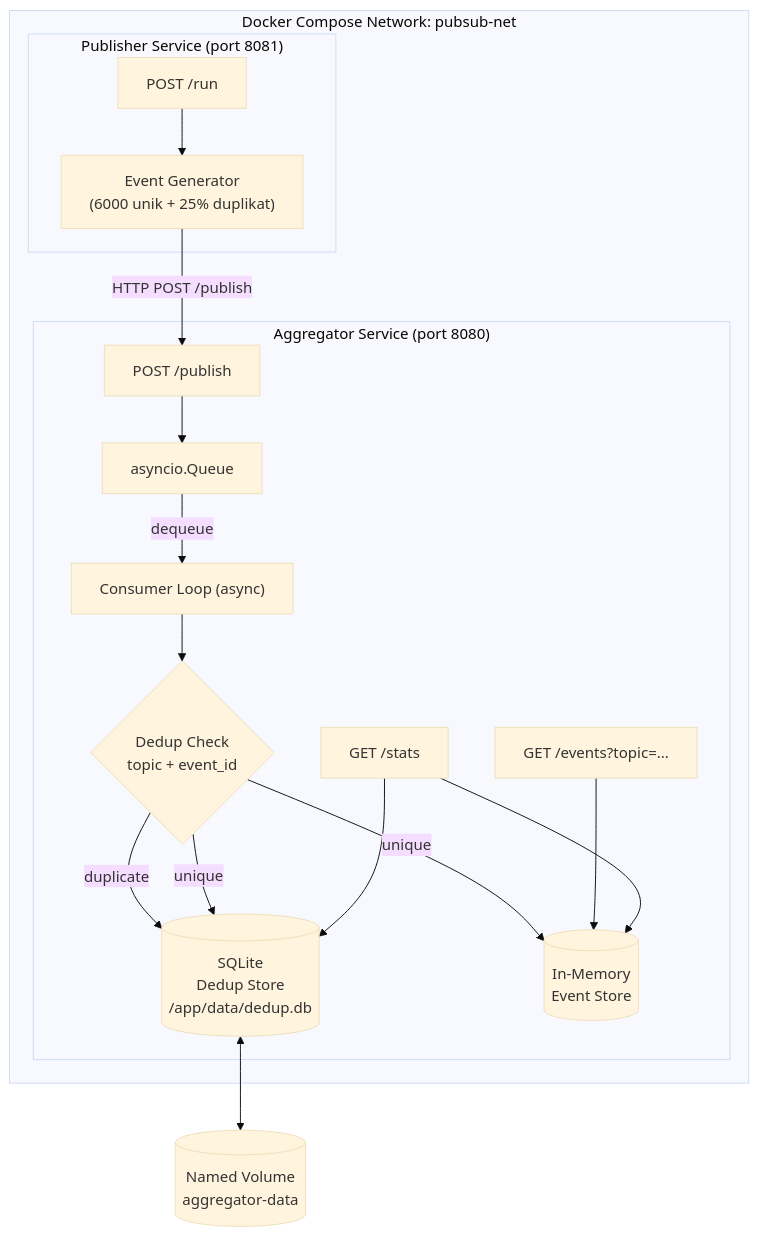
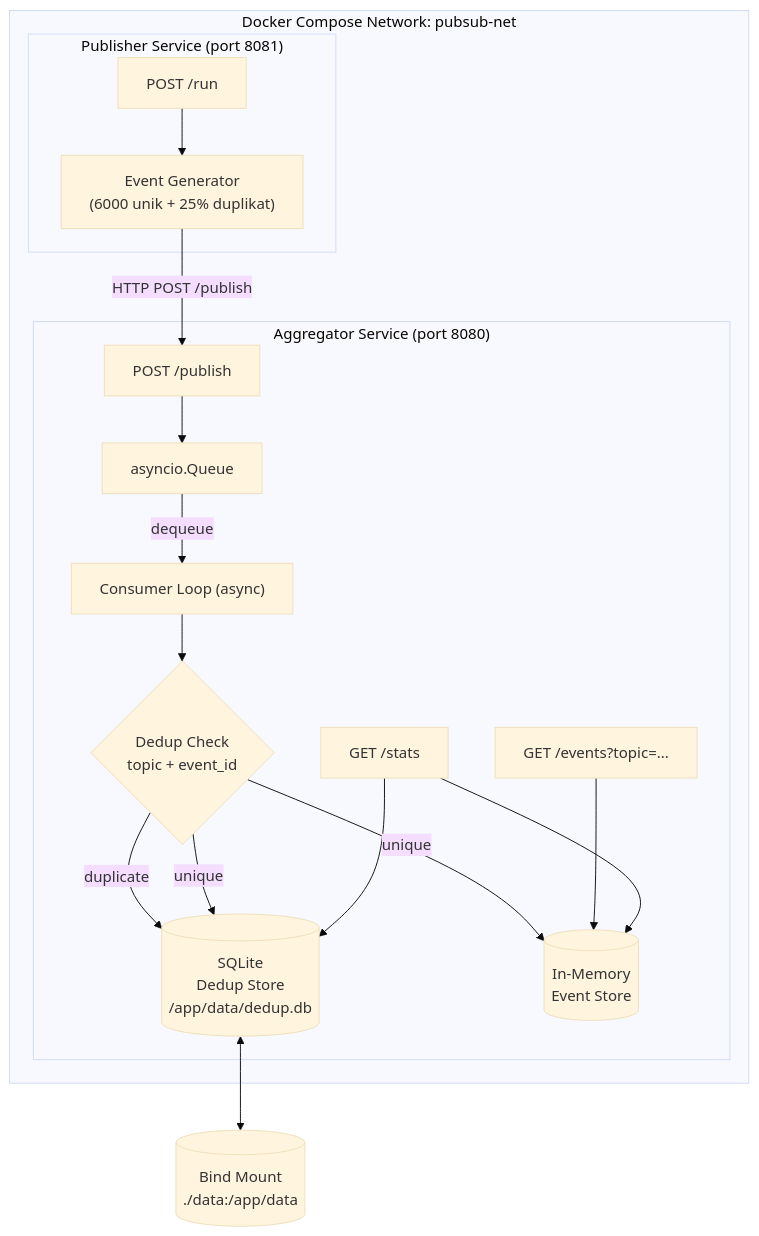
One commit to NotHydra/pub-sub-log-aggregator-with-idempotent-consumer-and-deduplication changed the first of 2 diagrams in report.md. Above: the diagram before and after it, drawn with Mermaid (base theme). The commit also changed 1 other file, not shown here.

Commit message:
docs: update existing documentatios

````diff
--- a/report.md
+++ b/report.md
@@ -126,41 +126,41 @@
 ```mermaid
 graph TB
     subgraph Compose["Docker Compose Network: pubsub-net"]
         subgraph PUB["Publisher Service (port 8081)"]
             P1["Event Generator
 (6000 unik + 25% duplikat)"]
             P2["POST /run"]
             P2 --> P1
         end
 
         subgraph AGG["Aggregator Service (port 8080)"]
             A1["POST /publish"]
             A2["asyncio.Queue"]
             A3["Consumer Loop (async)"]
             A4{"Dedup Check
 topic + event_id"}
             A5["GET /events?topic=..."]
             A6["GET /stats"]
             A7[("SQLite
 Dedup Store
 /app/data/dedup.db")]
             A8[("In-Memory
 Event Store")]
             A1 --> A2
             A2 -->|dequeue| A3
             A3 --> A4
             A4 -->|duplicate| A7
             A4 -->|unique| A7
             A4 -->|unique| A8
             A5 --> A8
             A6 --> A8
             A6 --> A7
         end
 
         P1 -->|"HTTP POST /publish"| A1
     end
 
-    VOL[("Named Volume
-aggregator-data")]
+    VOL[("Bind Mount
+./data:/app/data")]
     A7 <--> VOL
 ```
````
